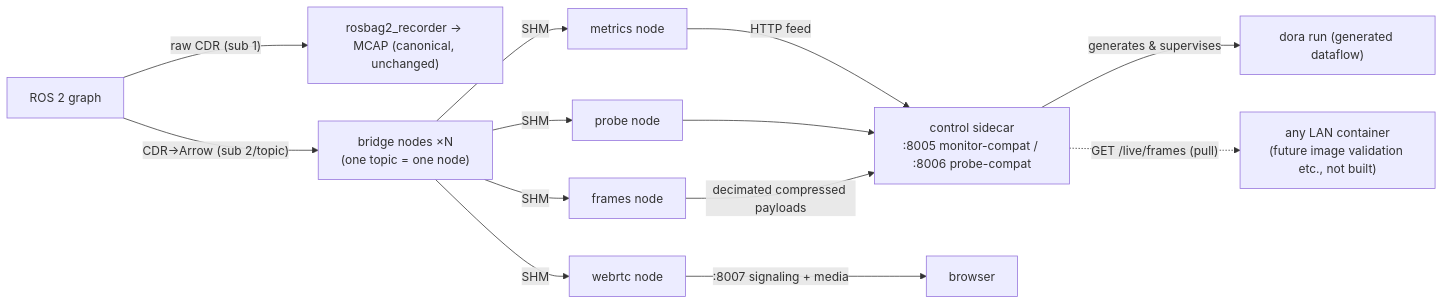
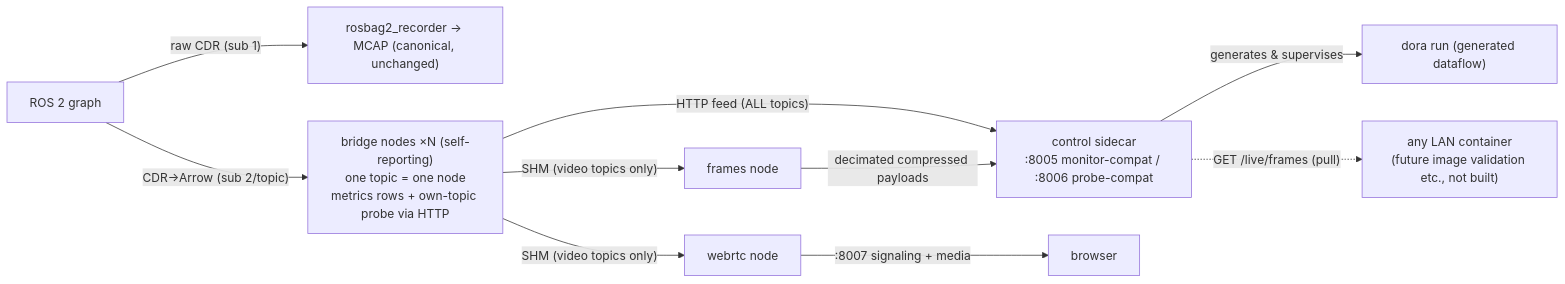
Before and after one commit to sige0002/kairos: the diagram in docs/specs/en/dora_live.md, drawn with Mermaid. The commit also changed other lines of this file and 13 other files, not shown here.

````diff
--- a/docs/specs/en/dora_live.md
+++ b/docs/specs/en/dora_live.md
@@ -28,12 +28,11 @@
 ```mermaid
 flowchart LR
     ROS["ROS 2 graph"] -->|"raw CDR (sub 1)"| REC["rosbag2_recorder → MCAP (canonical, unchanged)"]
-    ROS -->|"CDR→Arrow (sub 2/topic)"| B["bridge nodes ×N<br/>(one topic = one node)"]
-    B -->|SHM| M["metrics node"] & P["probe node"] & F["frames node"] & W["webrtc node"]
-    M -->|HTTP feed| C["control sidecar<br/>:8005 monitor-compat / :8006 probe-compat"]
-    P --> C
+    ROS -->|"CDR→Arrow (sub 2/topic)"| B["bridge nodes ×N (self-reporting)<br/>one topic = one node<br/>metrics rows + own-topic probe via HTTP"]
+    B -->|"HTTP feed (ALL topics)"| C["control sidecar<br/>:8005 monitor-compat / :8006 probe-compat"]
+    B -->|"SHM (video topics only)"| F["frames node"] & W["webrtc node"]
     F -->|"decimated compressed payloads"| C
     W -->|":8007 signaling + media"| BR["browser"]
     C -->|generates & supervises| DF["dora run (generated dataflow)"]
     C -.->|"GET /live/frames (pull)"| EXT["any LAN container<br/>(future image validation etc., not built)"]
 ```
````
